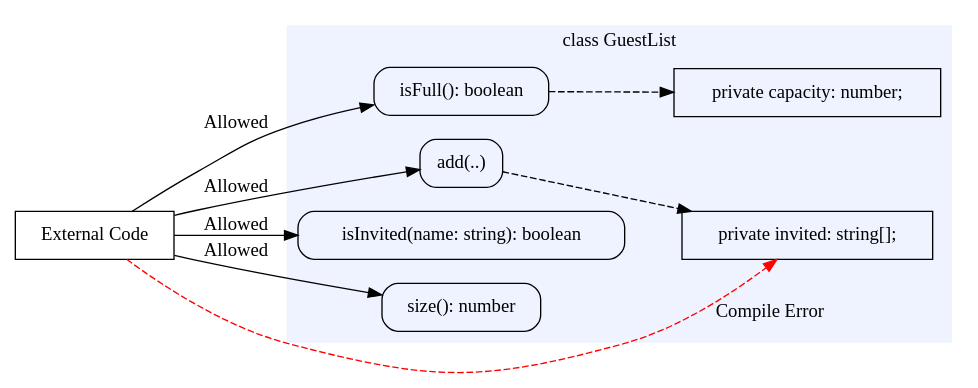
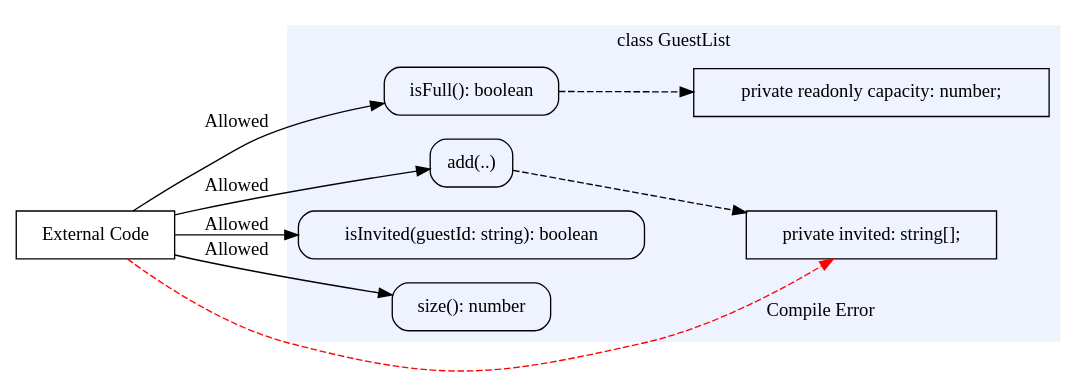
The second of 2 diagrams in docs/part2/03_encapsulation.md (ubccpsc/210), drawn with Graphviz before and after one commit. The commit also changed other lines of this file and 6 other files, not shown here.

````diff
--- a/docs/part2/03_encapsulation.md
+++ b/docs/part2/03_encapsulation.md
@@ -185,31 +186,31 @@
 ```graphviz
 digraph encapsulation {
   rankdir = LR;
   // node [fontname = "sans-serif", fontsize = 12];
 
   subgraph cluster_guestlist {
     label = "class GuestList";
     style = filled;
     color = "#eef3ff";
     invited  [shape = record, label = "private invited: string[];"];
-    capacity [shape = record, label = "private capacity: number;"];
+    capacity [shape = record, label = "private readonly capacity: number;"];
     add      [shape = box, style = rounded, label = "add(..)"];
     isFull   [shape = box, style = rounded, label = "isFull(): boolean"];
-    isInvited   [shape = box, style = rounded, label = "isInvited(name: string): boolean"];
+    isInvited   [shape = box, style = rounded, label = "isInvited(guestId: string): boolean"];
     size   [shape = box, style = rounded, label = "size(): number"];
     add -> invited [style = dashed];
     isFull -> capacity [style = dashed];
   }
 
   client [shape = box, label = "External Code"];
-  
+
   client -> add    [label = "Allowed"];
   client -> isFull    [label = "Allowed"];
   client -> isInvited [label = "Allowed"];
   client -> size    [label = "Allowed"];
   // turn this one off; lays out poorly
   // client -> capacity [label = "Compile Error", color = "red", style = dashed];
   client -> invited [headlabel = "Compile Error", labelangle = 45, labeldistance = 4, color = "red", style = dashed];
 
 }
 ```
````
